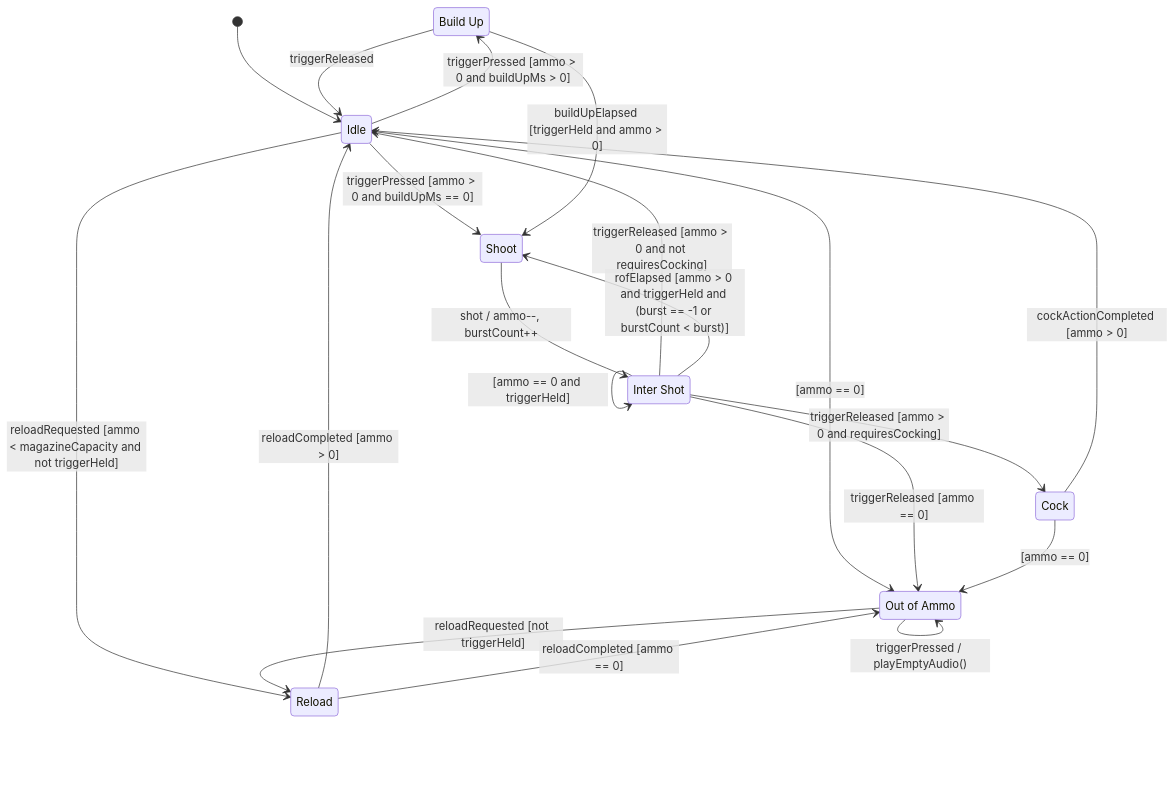
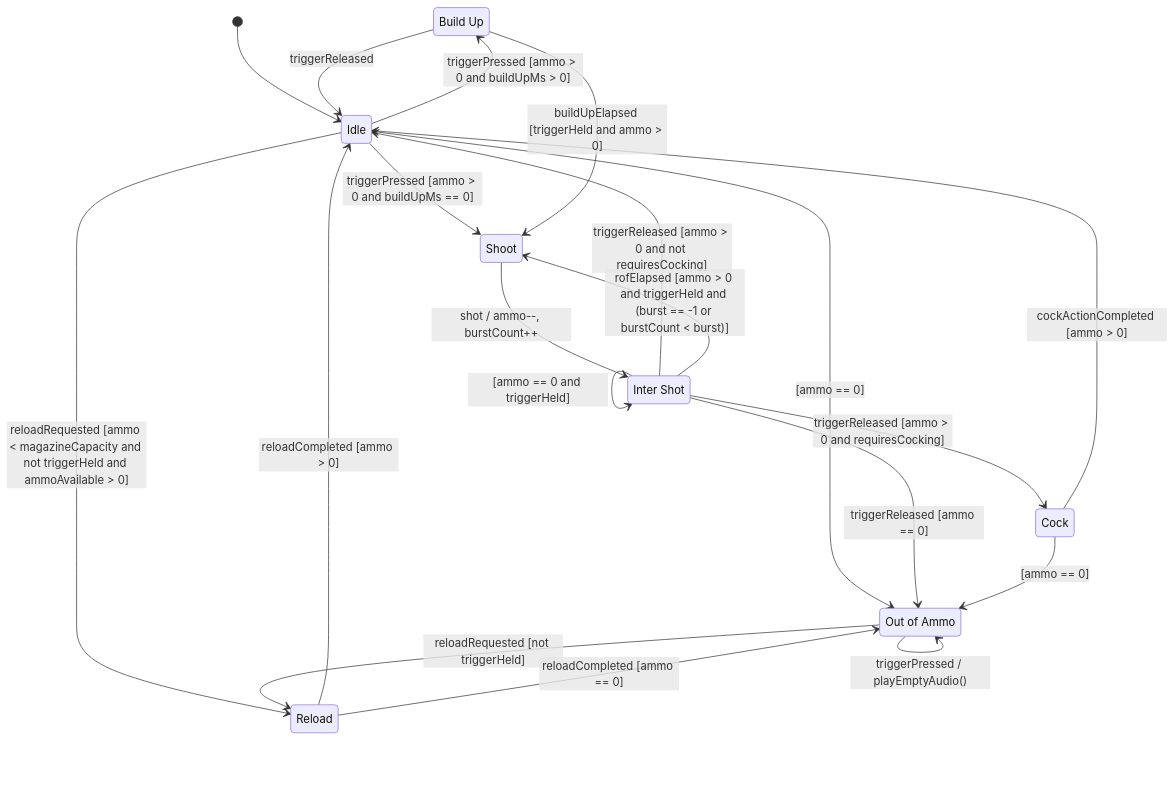
Before and after one commit to tonygoacher/CombatLR: the diagram in Firmware/docs/weapon-state-machine.md, drawn with Mermaid. The commit also changed 28 other files, not shown here.

````diff
--- a/Firmware/docs/weapon-state-machine.md
+++ b/Firmware/docs/weapon-state-machine.md
@@ -20,37 +20,37 @@
 ```mermaid
 stateDiagram-v2
     direction TB
 
     state "Build Up" as BuildUp
     state "Inter Shot" as InterShot
     state "Out of Ammo" as Empty
 
     [*] --> Idle
 
     Idle --> BuildUp : triggerPressed [ammo > 0 and buildUpMs > 0]
     Idle --> Shoot : triggerPressed [ammo > 0 and buildUpMs == 0]
     Idle --> Empty : [ammo == 0]
-    Idle --> Reload : reloadRequested [ammo < magazineCapacity and not triggerHeld]
+    Idle --> Reload : reloadRequested [ammo < magazineCapacity and not triggerHeld and ammoAvailable > 0]
 
     BuildUp --> Idle : triggerReleased
     BuildUp --> Shoot : buildUpElapsed [triggerHeld and ammo > 0]
 
     Shoot --> InterShot : shot / ammo--, burstCount++
 
     InterShot --> InterShot : [ammo == 0 and triggerHeld]
     InterShot --> Empty : triggerReleased [ammo == 0]
 
     InterShot --> Idle : triggerReleased [ammo > 0 and not requiresCocking]
     InterShot --> Cock : triggerReleased [ammo > 0 and requiresCocking]
 
     InterShot --> Shoot : rofElapsed [ammo > 0 and triggerHeld and (burst == -1 or burstCount < burst)]
 
     Cock --> Empty : [ammo == 0]
     Cock --> Idle : cockActionCompleted [ammo > 0]
 
     Empty --> Empty : triggerPressed / playEmptyAudio()
     Empty --> Reload : reloadRequested [not triggerHeld]
 
     Reload --> Idle : reloadCompleted [ammo > 0]
     Reload --> Empty : reloadCompleted [ammo == 0]
 ```
````
